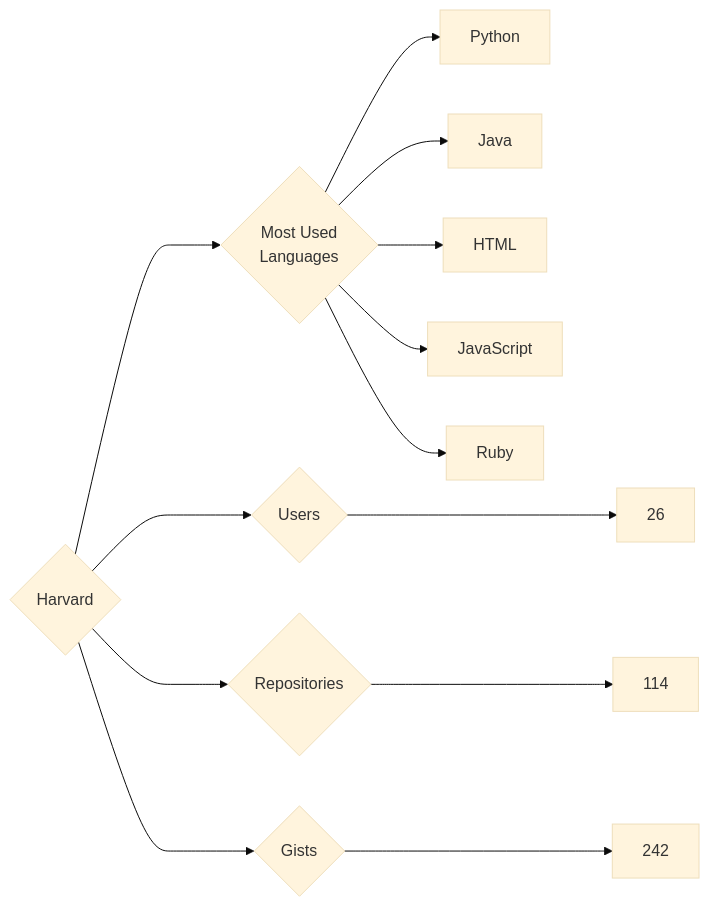
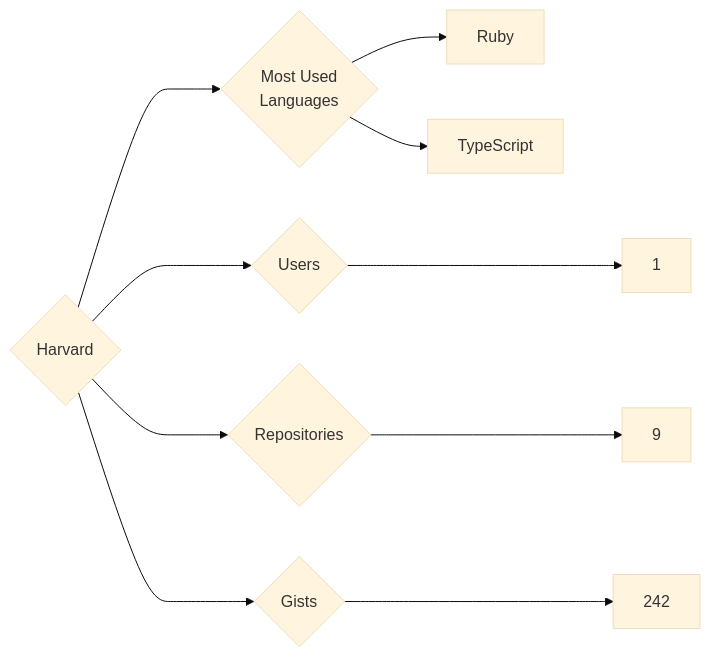
Before and after one commit to trickest/insiders: the diagram in targets/Harvard/README.md, drawn with Mermaid (base theme). The commit also changed 861 other files, not shown here.

````diff
--- a/targets/Harvard/README.md
+++ b/targets/Harvard/README.md
@@ -3,13 +3,10 @@
 ```mermaid
 graph LR
 COMPANY_NAME{Harvard}
-COMPANY_NAME ---> U{Users} ---> UN[26]
-COMPANY_NAME ---> R{Repositories} ---> RN[114]
+COMPANY_NAME ---> U{Users} ---> UN[1]
+COMPANY_NAME ---> R{Repositories} ---> RN[9]
 COMPANY_NAME ---> G{Gists} ---> GN[242]
 COMPANY_NAME ---> ML{Most Used<br>Languages}
-ML --> Python[Python]
-ML --> Java[Java]
-ML --> HTML[HTML]
-ML --> JavaScript[JavaScript]
 ML --> Ruby[Ruby]
+ML --> TypeScript[TypeScript]
 ```
````
